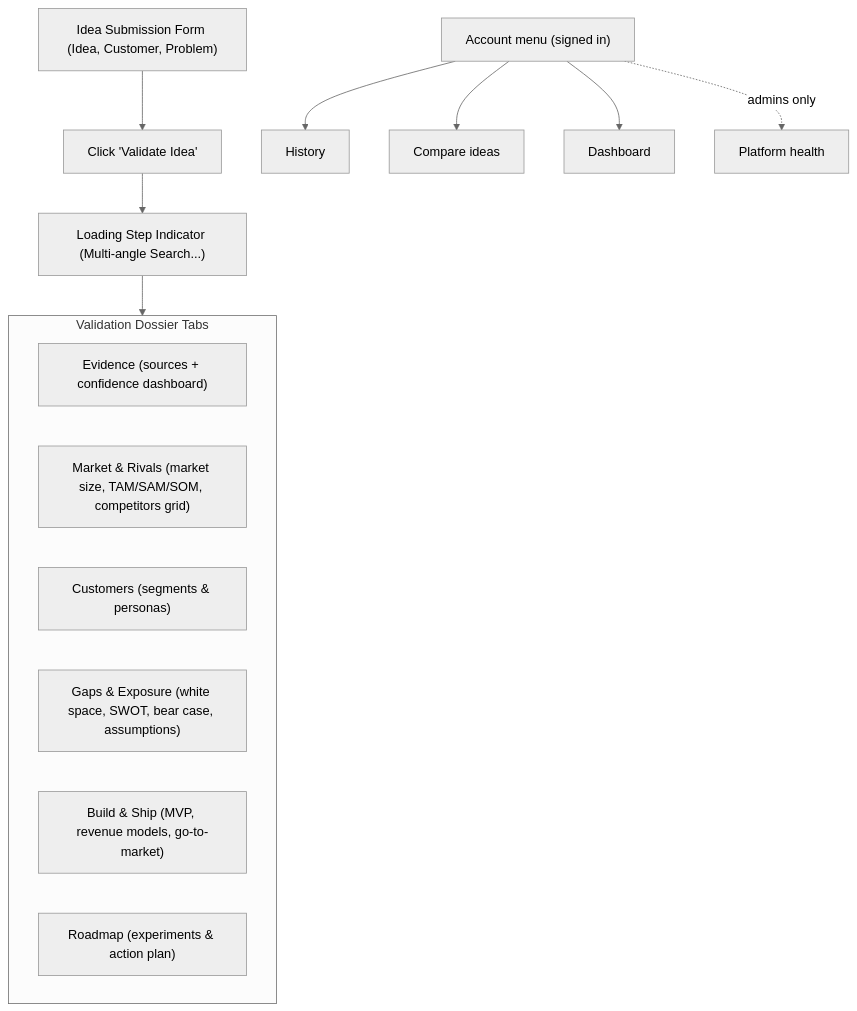
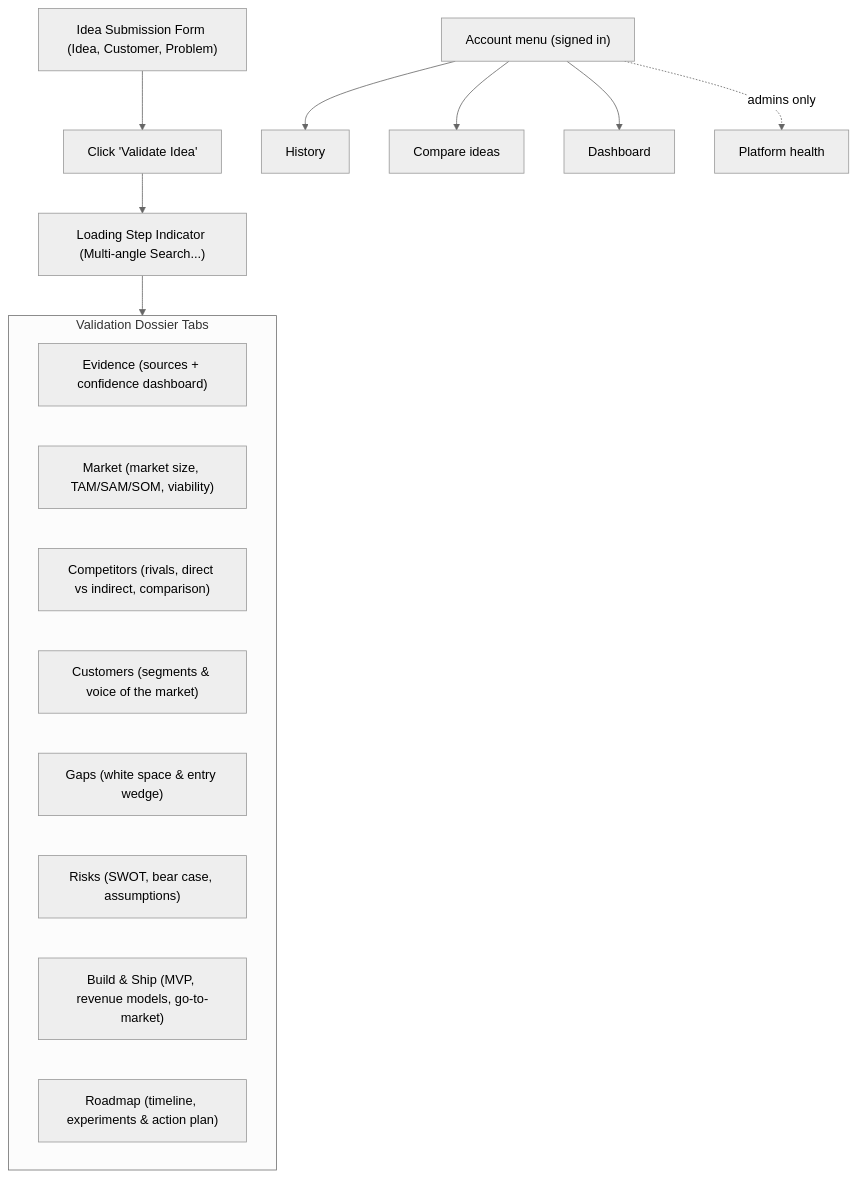
The diagram in docs/10_AFFINITY_USER_OPERATIONS_AND_DOSSIER_MANUAL.md (Yasaswini-ch/Development-of-AI-Based-Startup-Idea-Validator-with-Market-Analysis-Assistance), drawn with Mermaid (neutral theme) before and after one commit. The commit also changed other lines of this file and 3 other files, not shown here.

````diff
--- a/docs/10_AFFINITY_USER_OPERATIONS_AND_DOSSIER_MANUAL.md
+++ b/docs/10_AFFINITY_USER_OPERATIONS_AND_DOSSIER_MANUAL.md
@@ -21,20 +21,22 @@
 ```mermaid
 flowchart TD
     Form["Idea Submission Form (Idea, Customer, Problem)"] --> Submit["Click 'Validate Idea'"]
     Submit --> Loader["Loading Step Indicator (Multi-angle Search...)"]
     Loader --> Dossier["Validation Dossier"]
 
     subgraph Dossier["Validation Dossier Tabs"]
         T1["Evidence (sources + confidence dashboard)"]
-        T2["Market & Rivals (market size, TAM/SAM/SOM, competitors grid)"]
-        T3["Customers (segments & personas)"]
-        T4["Gaps & Exposure (white space, SWOT, bear case, assumptions)"]
-        T5["Build & Ship (MVP, revenue models, go-to-market)"]
-        T6["Roadmap (experiments & action plan)"]
+        T2["Market (market size, TAM/SAM/SOM, viability)"]
+        T3["Competitors (rivals, direct vs indirect, comparison)"]
+        T4["Customers (segments & voice of the market)"]
+        T5["Gaps (white space & entry wedge)"]
+        T6["Risks (SWOT, bear case, assumptions)"]
+        T7["Build & Ship (MVP, revenue models, go-to-market)"]
+        T8["Roadmap (timeline, experiments & action plan)"]
     end
 
     Account["Account menu (signed in)"] --> History["History"]
     Account --> Compare["Compare ideas"]
     Account --> Dash["Dashboard"]
     Account -.admins only.-> Health["Platform health"]
 ```
````
